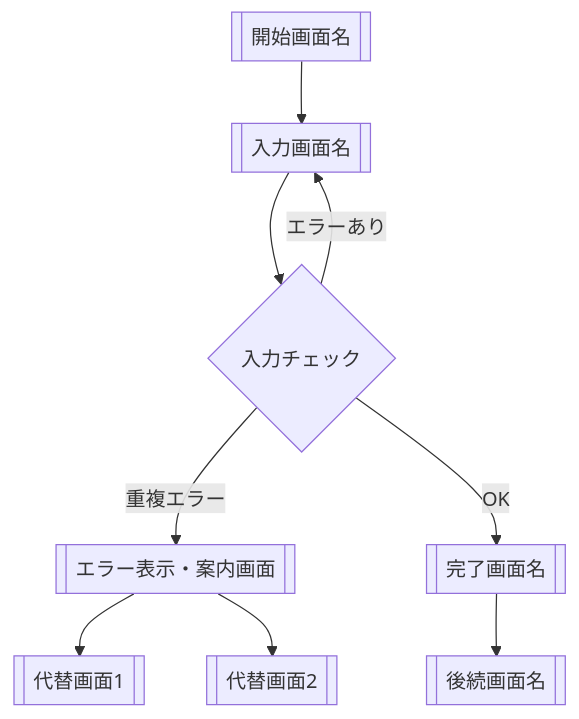
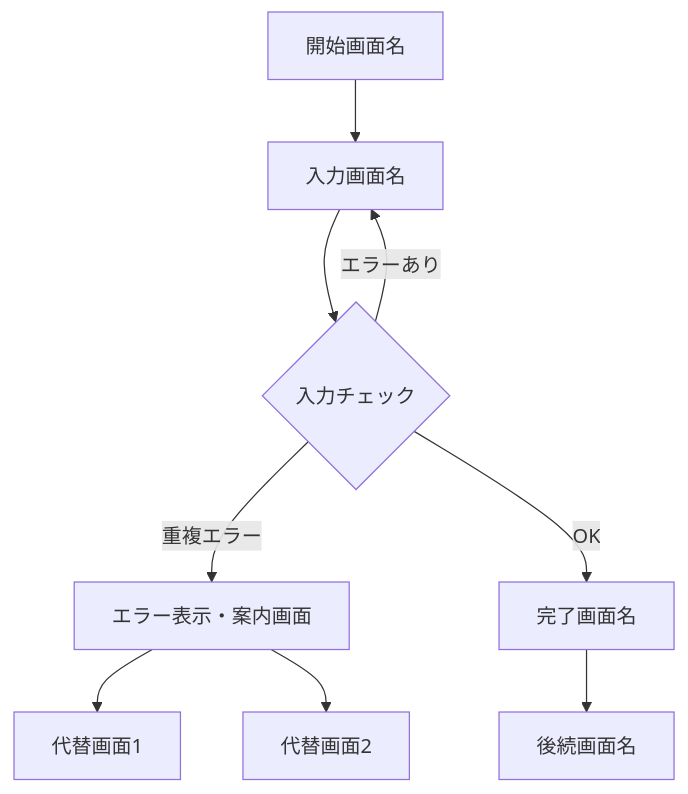
Before and after one commit to MasaruFukazawa/designdocs-sample.fukazawasoftwaredevelopment.com: the second of 3 diagrams in docs/design/source/screen/diagram.rst, drawn with Mermaid. The commit also changed other lines of this file and 8 other files, not shown here.

First line of the commit message:
feat: Mermaidルール統一とサンプルダイアグラム修正

```diff
--- a/docs/design/source/screen/diagram.rst
+++ b/docs/design/source/screen/diagram.rst
@@ -56,12 +55,11 @@
 .. mermaid::
 
-   %%{init: {"theme": "default"}}%%
    graph TD
-       START[[ 開始画面名 ]] --> INPUT[[ 入力画面名 ]]
+       START[開始画面名] --> INPUT[入力画面名]
        INPUT --> VALIDATE{入力チェック}
        VALIDATE -->|エラーあり| INPUT
-       VALIDATE -->|重複エラー| ERROR[[ エラー表示・案内画面 ]]
-       VALIDATE -->|OK| COMPLETE[[ 完了画面名 ]]
-       COMPLETE --> NEXT[[ 後続画面名 ]]
-       ERROR --> ALT1[[ 代替画面1 ]]
-       ERROR --> ALT2[[ 代替画面2 ]]
+       VALIDATE -->|重複エラー| ERROR[エラー表示・案内画面]
+       VALIDATE -->|OK| COMPLETE[完了画面名]
+       COMPLETE --> NEXT[後続画面名]
+       ERROR --> ALT1[代替画面1]
+       ERROR --> ALT2[代替画面2]
```
